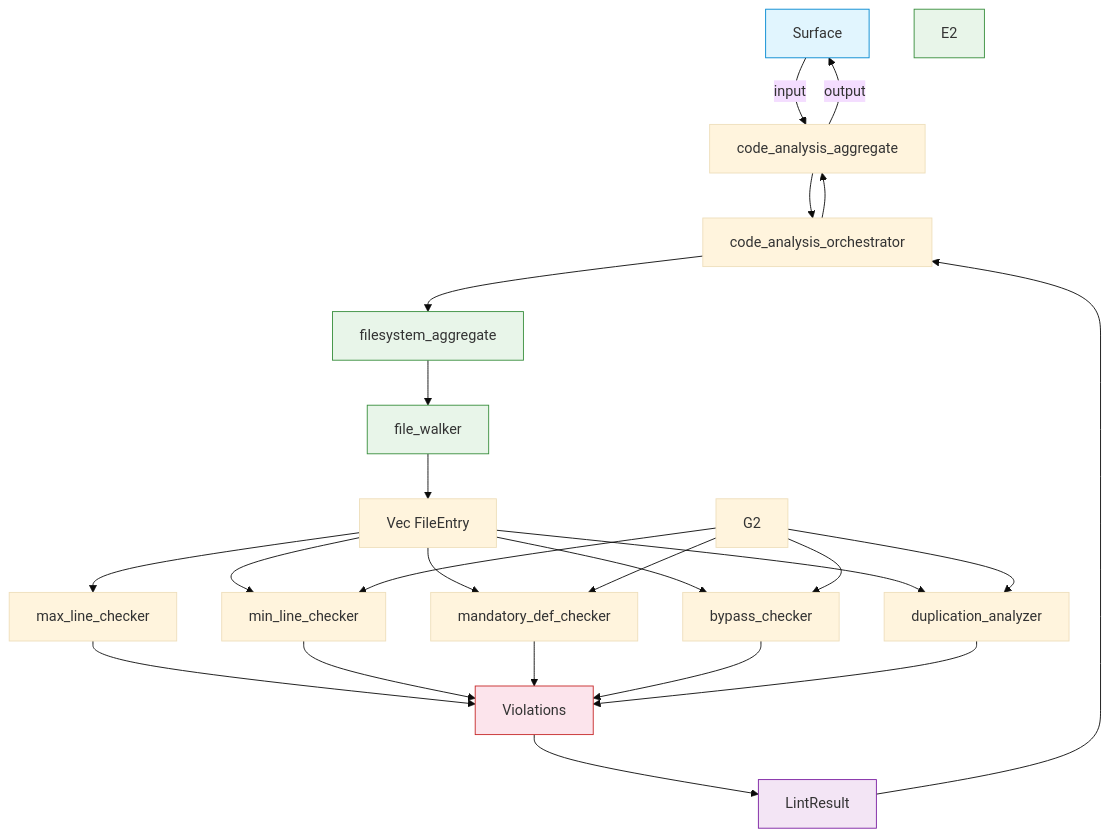
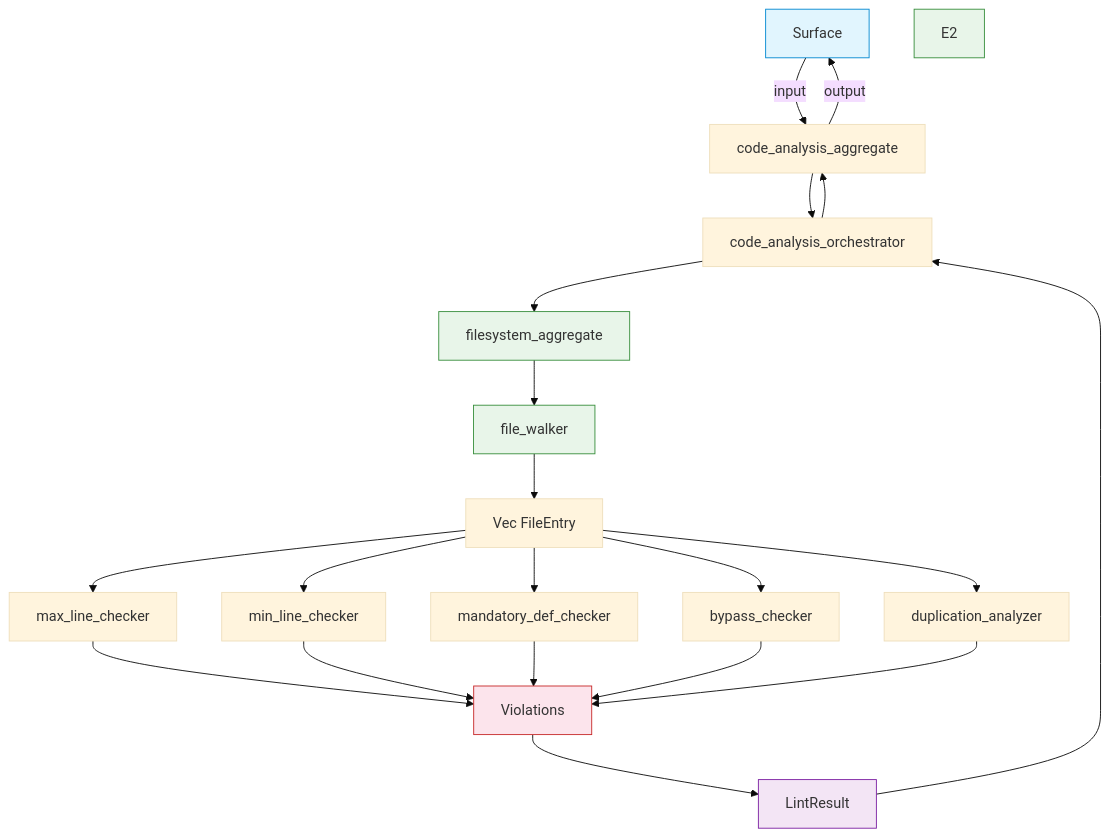
The diagram in crates/code-analysis/FRD.md (rakaarwaky/lint-arwaky), drawn with Mermaid (base theme) before and after one commit. The commit also changed 3 other files, not shown here.

First line of the commit message:
fix: audit all FRD mermaids — correct capability flow

````diff
--- a/crates/code-analysis/FRD.md
+++ b/crates/code-analysis/FRD.md
@@ -9,33 +9,29 @@
 ```mermaid
 flowchart TD
     A["Surface"] -->|input| B["code_analysis_aggregate"]
     B --> C["code_analysis_orchestrator"]
     C --> D["filesystem_aggregate"]
     D --> E1["file_walker"]
     E1 --> G1["Vec FileEntry"]
     G1 --> H1["max_line_checker"]
     G1 --> H2["min_line_checker"]
-    G2 --> H2
     G1 --> H3["mandatory_def_checker"]
-    G2 --> H3
     G1 --> H4["bypass_checker"]
-    G2 --> H4
     G1 --> H5["duplication_analyzer"]
-    G2 --> H5
     H1 --> I["Violations"]
     H2 --> I
     H3 --> I
     H4 --> I
     H5 --> I
     I --> J["LintResult"]
     J --> C
     C --> B
     B -->|output| A
 
     style A fill:#e1f5fe,stroke:#0288d1
     style D fill:#e8f5e9,stroke:#388e3c
     style E1 fill:#e8f5e9,stroke:#388e3c
     style E2 fill:#e8f5e9,stroke:#388e3c
     style I fill:#fce4ec,stroke:#c62828
     style J fill:#f3e5f5,stroke:#7b1fa2
 ```
````
